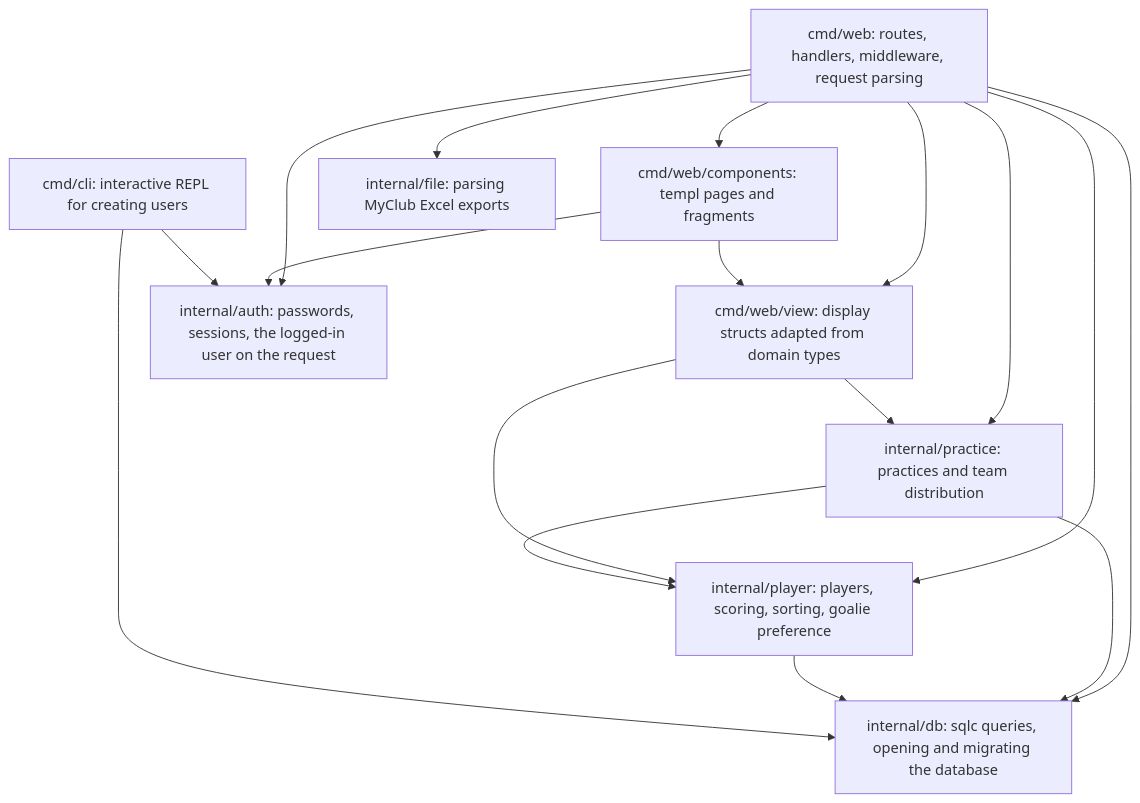
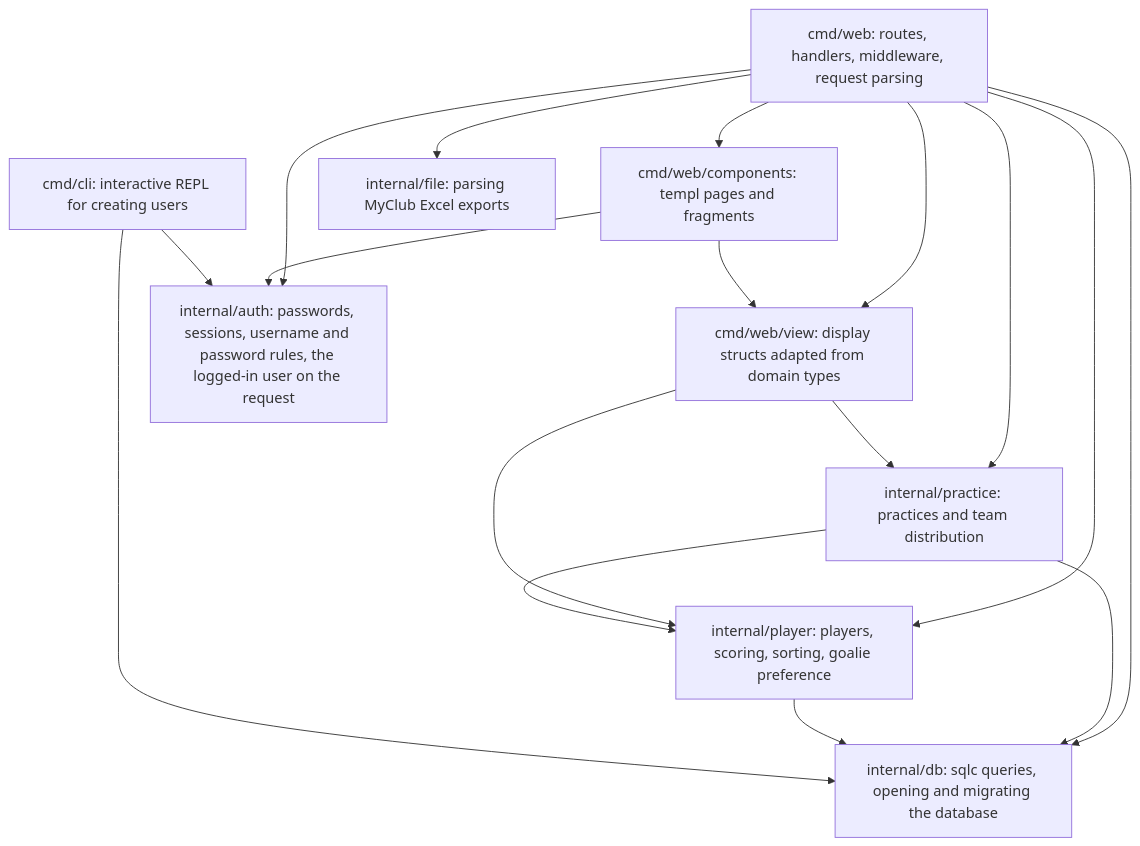
Before and after one commit to Zigelzi/go-tiimit: the diagram in ARCHITECTURE.md, drawn with Mermaid. The commit also changed other lines of this file and 30 other files, not shown here.

````diff
--- a/ARCHITECTURE.md
+++ b/ARCHITECTURE.md
@@ -9,28 +9,28 @@
 ```mermaid
 flowchart TD
     web["cmd/web: routes, handlers, middleware, request parsing"]
     components["cmd/web/components: templ pages and fragments"]
     view["cmd/web/view: display structs adapted from domain types"]
     cli["cmd/cli: interactive REPL for creating users"]
     practice["internal/practice: practices and team distribution"]
     player["internal/player: players, scoring, sorting, goalie preference"]
     file["internal/file: parsing MyClub Excel exports"]
-    auth["internal/auth: passwords, sessions, the logged-in user on the request"]
+    auth["internal/auth: passwords, sessions, username and password rules, the logged-in user on the request"]
     db["internal/db: sqlc queries, opening and migrating the database"]
     web --> components
     web --> view
     web --> practice
     web --> player
     web --> file
     web --> auth
     web --> db
     components --> view
     components --> auth
     view --> practice
     view --> player
     practice --> player
     practice --> db
     player --> db
     cli --> auth
     cli --> db
 ```
````
